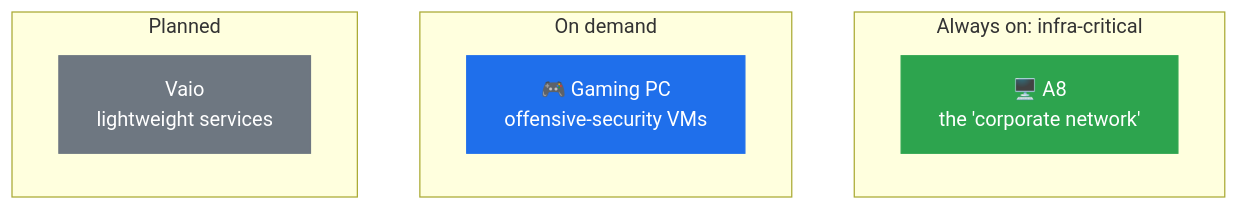
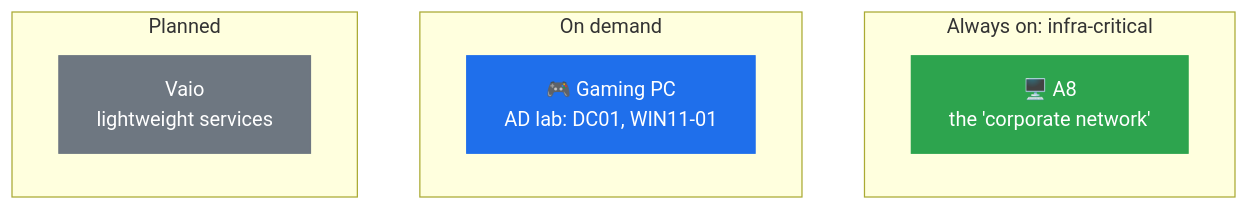
Before and after one commit to ClydeWasEjected/ClydeHomeLab: the fourth of 5 diagrams in HomeLab/1 - Infrastructure/Homelab - Project Overview.md, drawn with Mermaid. The commit also changed other lines of this file and 8 other files, not shown here.

````diff
--- a/HomeLab/1 - Infrastructure/Homelab - Project Overview.md
+++ b/HomeLab/1 - Infrastructure/Homelab - Project Overview.md
@@ -66,18 +66,18 @@
 ```mermaid
 flowchart TB
     subgraph always["Always on: infra-critical"]
         a8["🖥️ A8<br/>the 'corporate network'"]
     end
     subgraph ondemand["On demand"]
-        gp["🎮 Gaming PC<br/>offensive-security VMs"]
+        gp["🎮 Gaming PC<br/>AD lab: DC01, WIN11-01"]
     end
     subgraph planned["Planned"]
         va["Vaio<br/>lightweight services"]
     end
     classDef on fill:#2da44e,stroke:#2da44e,color:#fff
     classDef dem fill:#1f6feb,stroke:#1f6feb,color:#fff
     classDef plan fill:#6e7781,stroke:#6e7781,color:#fff
     class a8 on
     class gp dem
     class va plan
 ```
````
